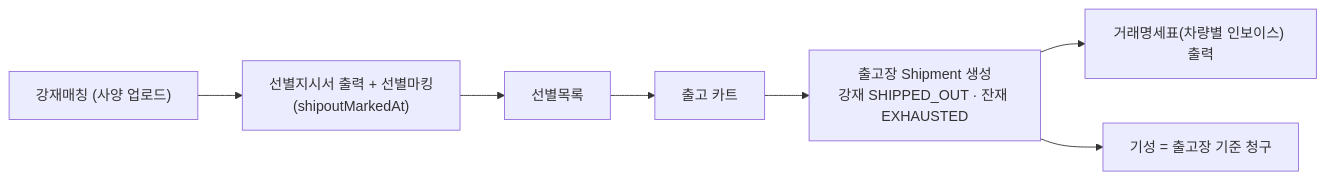
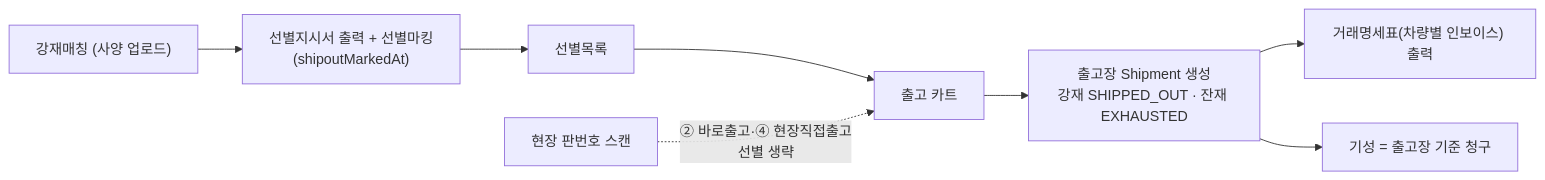
Before and after one commit to banlan21-maker/erp: the tenth of 10 diagrams in docs/절단파트_공정흐름.md, drawn with Mermaid. The commit also changed other lines of this file, not shown here.

````diff
--- a/docs/절단파트_공정흐름.md
+++ b/docs/절단파트_공정흐름.md
@@ -243,9 +245,10 @@
 ```mermaid
 flowchart LR
     M["강재매칭 (사양 업로드)"] --> SL["선별지시서 출력 + 선별마킹<br/>(shipoutMarkedAt)"]
     SL --> LIST["선별목록"]
     LIST --> CART["출고 카트"]
+    HEAT["현장 판번호 스캔"] -.->|② 바로출고·④ 현장직접출고<br/>선별 생략| CART
     CART --> SO["출고장 Shipment 생성<br/>강재 SHIPPED_OUT · 잔재 EXHAUSTED"]
     SO --> IV["거래명세표(차량별 인보이스) 출력"]
     SO --> 기성["기성 = 출고장 기준 청구"]
 ```
````
